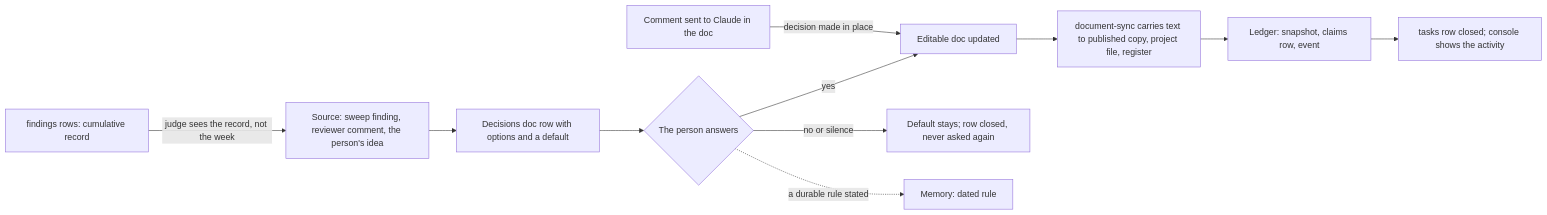
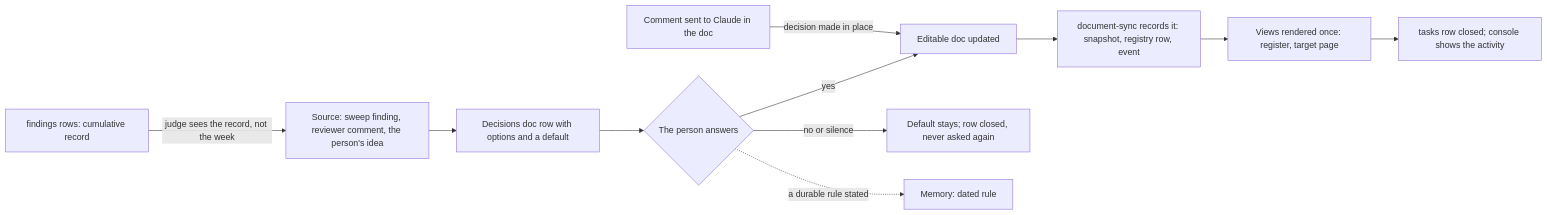
One commit to aliomraniH/application-organizer changed the third of 3 diagrams in docs/architecture.md. Above: the diagram before and after it, drawn with Mermaid. The commit also changed other lines of this file and 43 other files, not shown here.

First line of the commit message:
One source with rendered views, phases, requirements, review loop, audit (0.4.0)

````diff
--- a/docs/architecture.md
+++ b/docs/architecture.md
@@ -153,13 +161,13 @@
 ```mermaid
 flowchart LR
     A["Source: sweep finding, reviewer comment, the person's idea"] --> B["Decisions doc row with options and a default"]
     B --> C{"The person answers"}
     C -->|yes| D["Editable doc updated"]
     C -->|no or silence| E["Default stays; row closed, never asked again"]
-    D --> F["document-sync carries text to published copy, project file, register"]
-    F --> G["Ledger: snapshot, claims row, event"]
+    D --> F["document-sync records it: snapshot, registry row, event"]
+    F --> G["Views rendered once: register, target page"]
     G --> K["tasks row closed; console shows the activity"]
     C -.->|a durable rule stated| H["Memory: dated rule"]
     X["Comment sent to Claude in the doc"] -->|decision made in place| D
     R["findings rows: cumulative record"] -->|judge sees the record, not the week| A
 ```
````
